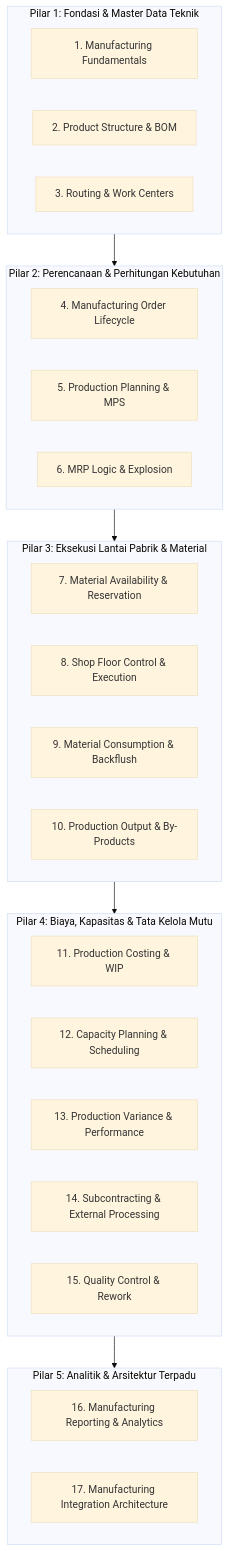
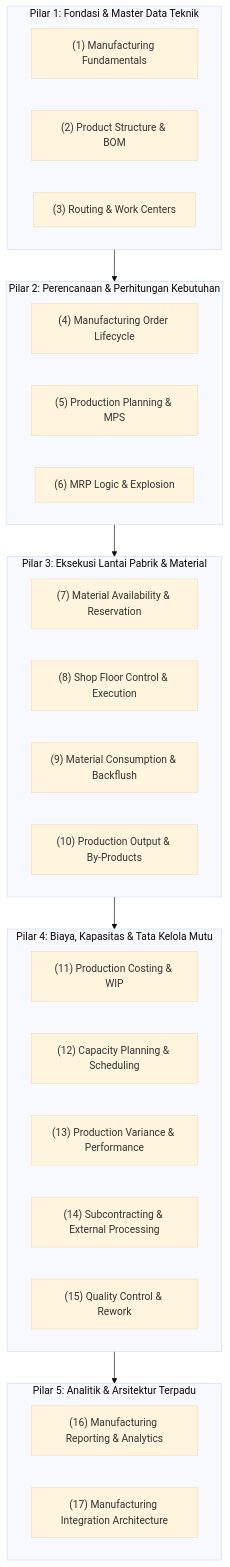
The first of 2 diagrams in content/06-manufacturing/index.md (alimurrofid/erp-notes), drawn with Mermaid (base theme) before and after one commit. The commit also changed 132 other files, not shown here.

````diff
--- a/content/06-manufacturing/index.md
+++ b/content/06-manufacturing/index.md
@@ -29,39 +29,39 @@
 ```mermaid
 flowchart TD
     subgraph Track1["Pilar 1: Fondasi & Master Data Teknik"]
-        M1["1. Manufacturing Fundamentals"]
-        M2["2. Product Structure & BOM"]
-        M3["3. Routing & Work Centers"]
+        M1["(1) Manufacturing Fundamentals"]
+        M2["(2) Product Structure & BOM"]
+        M3["(3) Routing & Work Centers"]
     end
 
     subgraph Track2["Pilar 2: Perencanaan & Perhitungan Kebutuhan"]
-        M4["4. Manufacturing Order Lifecycle"]
-        M5["5. Production Planning & MPS"]
-        M6["6. MRP Logic & Explosion"]
+        M4["(4) Manufacturing Order Lifecycle"]
+        M5["(5) Production Planning & MPS"]
+        M6["(6) MRP Logic & Explosion"]
     end
 
     subgraph Track3["Pilar 3: Eksekusi Lantai Pabrik & Material"]
-        M7["7. Material Availability & Reservation"]
-        M8["8. Shop Floor Control & Execution"]
-        M9["9. Material Consumption & Backflush"]
-        M10["10. Production Output & By-Products"]
+        M7["(7) Material Availability & Reservation"]
+        M8["(8) Shop Floor Control & Execution"]
+        M9["(9) Material Consumption & Backflush"]
+        M10["(10) Production Output & By-Products"]
     end
 
     subgraph Track4["Pilar 4: Biaya, Kapasitas & Tata Kelola Mutu"]
-        M11["11. Production Costing & WIP"]
-        M12["12. Capacity Planning & Scheduling"]
-        M13["13. Production Variance & Performance"]
-        M14["14. Subcontracting & External Processing"]
-        M15["15. Quality Control & Rework"]
+        M11["(11) Production Costing & WIP"]
+        M12["(12) Capacity Planning & Scheduling"]
+        M13["(13) Production Variance & Performance"]
+        M14["(14) Subcontracting & External Processing"]
+        M15["(15) Quality Control & Rework"]
     end
 
     subgraph Track5["Pilar 5: Analitik & Arsitektur Terpadu"]
-        M16["16. Manufacturing Reporting & Analytics"]
-        M17["17. Manufacturing Integration Architecture"]
+        M16["(16) Manufacturing Reporting & Analytics"]
+        M17["(17) Manufacturing Integration Architecture"]
     end
 
     Track1 --> Track2
     Track2 --> Track3
     Track3 --> Track4
     Track4 --> Track5
 ```
````
